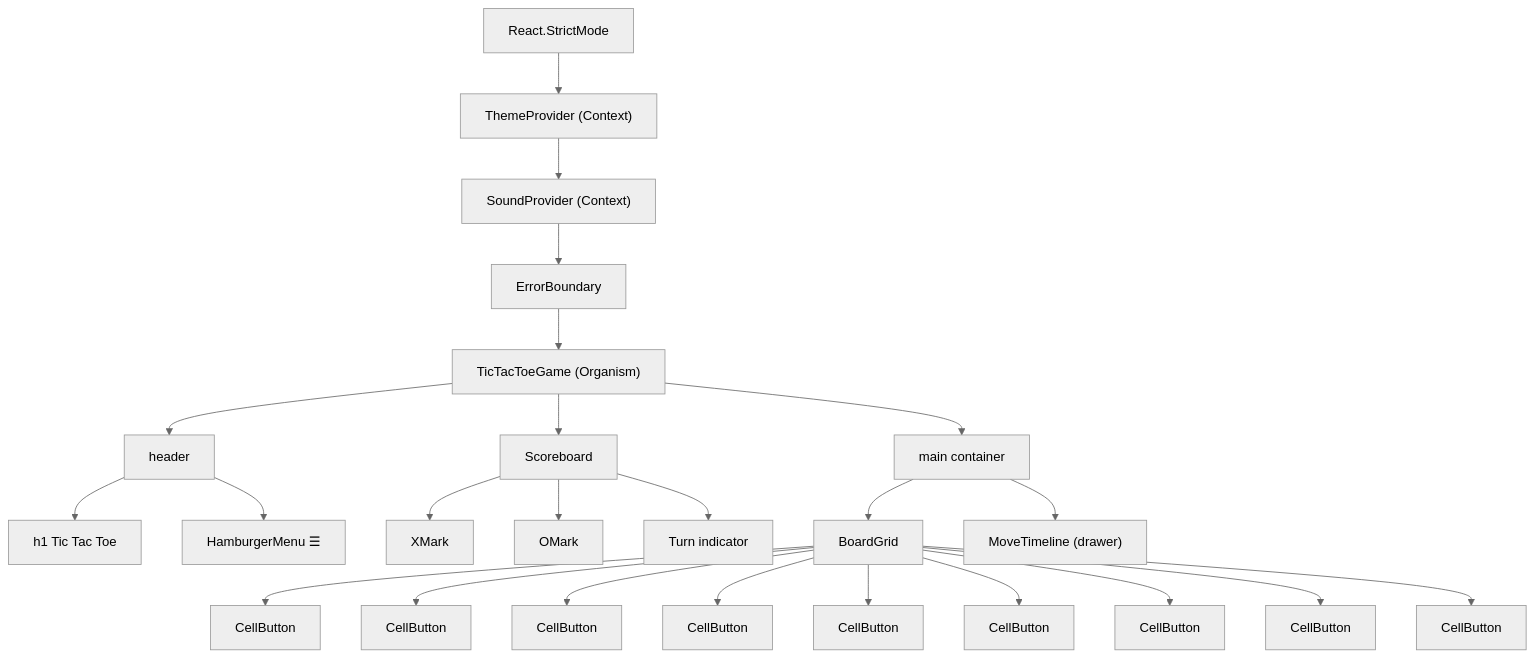
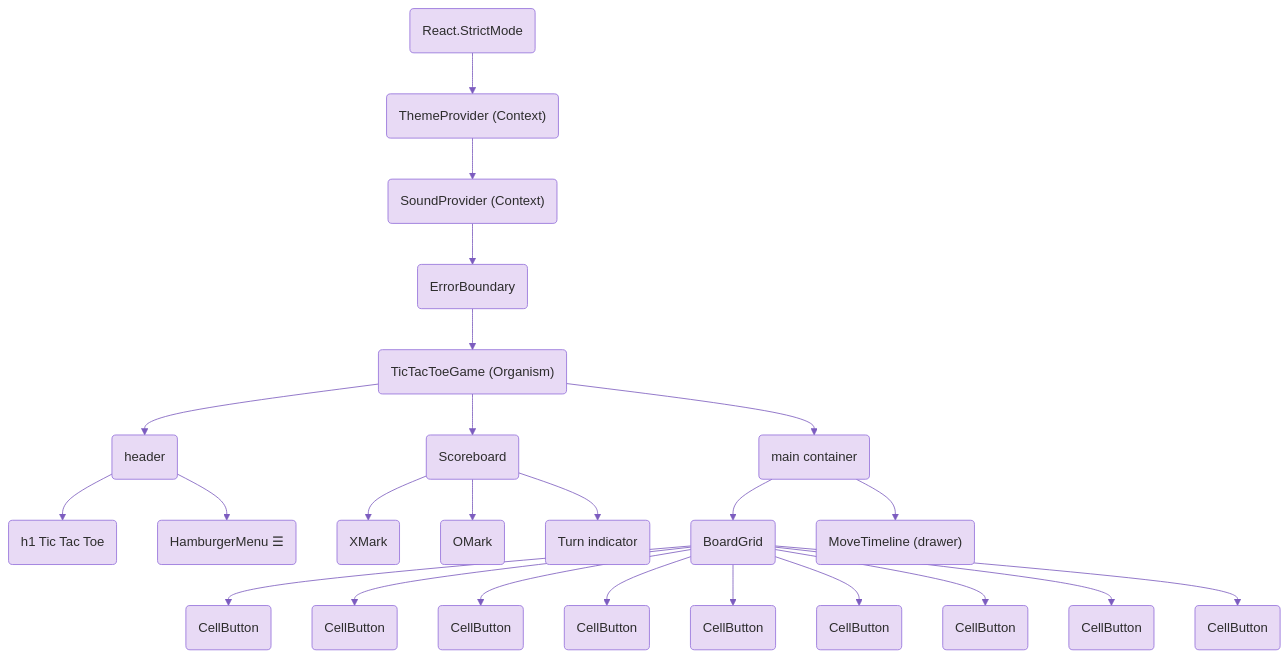
One commit to scottdreinhart/tictactoe changed the fourth of 9 diagrams in README.md. Above: the diagram before and after it, drawn with Mermaid. The commit also changed other lines of this file, not shown here.

Commit message:
docs: use lilac/purple theme with rounded nodes for all Mermaid diagrams

````diff
--- a/README.md
+++ b/README.md
@@ -560,32 +560,32 @@
 ```mermaid
-%%{init: {'theme': 'neutral'}}%%
+%%{init: {'theme': 'base', 'themeVariables': {'primaryColor': '#e8daf5', 'primaryTextColor': '#2d2d2d', 'primaryBorderColor': '#9370DB', 'lineColor': '#7c5cbf', 'secondaryColor': '#f0e6ff', 'tertiaryColor': '#f8f2ff', 'fontFamily': 'system-ui'}}}%%
 graph TD
-  root["React.StrictMode"] --> theme["ThemeProvider (Context)"]
-  theme --> sound["SoundProvider (Context)"]
-  sound --> error["ErrorBoundary"]
-  error --> game["TicTacToeGame (Organism)"]
+  root("React.StrictMode") --> theme("ThemeProvider (Context)")
+  theme --> sound("SoundProvider (Context)")
+  sound --> error("ErrorBoundary")
+  error --> game("TicTacToeGame (Organism)")
 
-  game --> header["header"]
-  game --> scoreboard["Scoreboard"]
-  game --> container["main container"]
+  game --> header("header")
+  game --> scoreboard("Scoreboard")
+  game --> container("main container")
 
-  header --> h1["h1 Tic Tac Toe"]
-  header --> hm["HamburgerMenu ☰"]
+  header --> h1("h1 Tic Tac Toe")
+  header --> hm("HamburgerMenu ☰")
 
-  scoreboard --> xm1["XMark"]
-  scoreboard --> om1["OMark"]
-  scoreboard --> turn["Turn indicator"]
+  scoreboard --> xm1("XMark")
+  scoreboard --> om1("OMark")
+  scoreboard --> turn("Turn indicator")
 
-  container --> board["BoardGrid"]
-  container --> mt["MoveTimeline (drawer)"]
+  container --> board("BoardGrid")
+  container --> mt("MoveTimeline (drawer)")
 
-  board --> c0["CellButton"]
-  board --> c1["CellButton"]
-  board --> c2["CellButton"]
-  board --> c3["CellButton"]
-  board --> c4["CellButton"]
-  board --> c5["CellButton"]
-  board --> c6["CellButton"]
-  board --> c7["CellButton"]
-  board --> c8["CellButton"]
+  board --> c0("CellButton")
+  board --> c1("CellButton")
+  board --> c2("CellButton")
+  board --> c3("CellButton")
+  board --> c4("CellButton")
+  board --> c5("CellButton")
+  board --> c6("CellButton")
+  board --> c7("CellButton")
+  board --> c8("CellButton")
 ```
````
